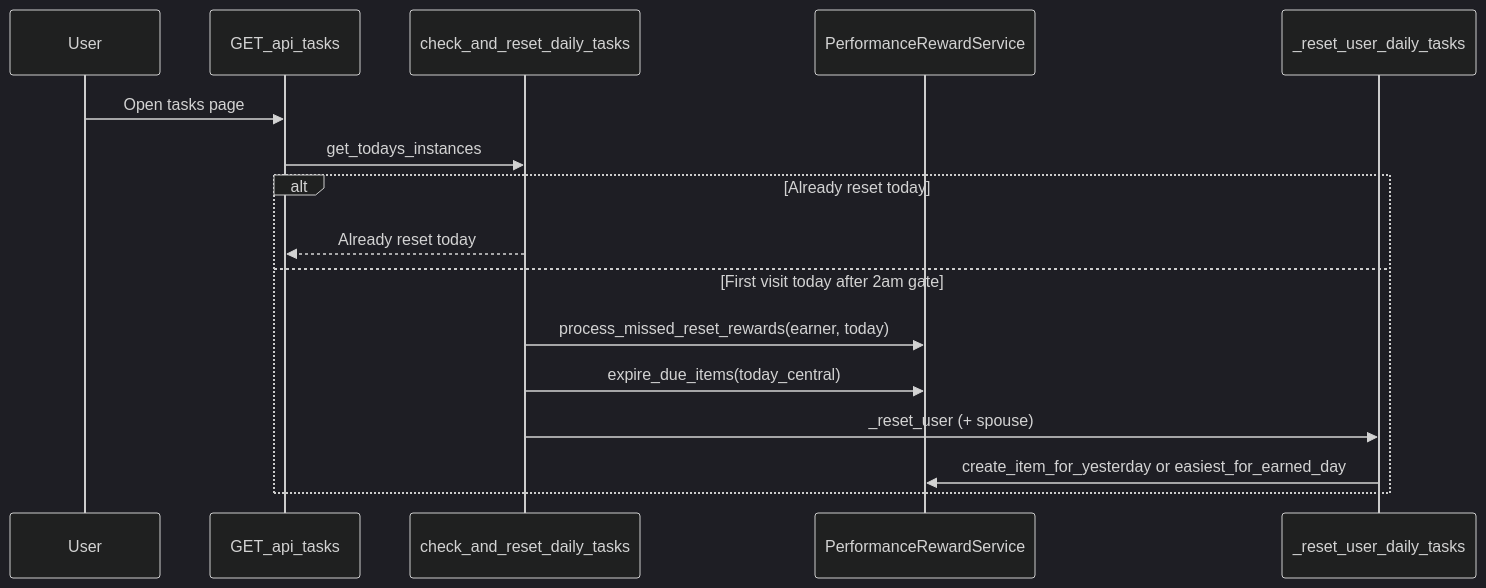
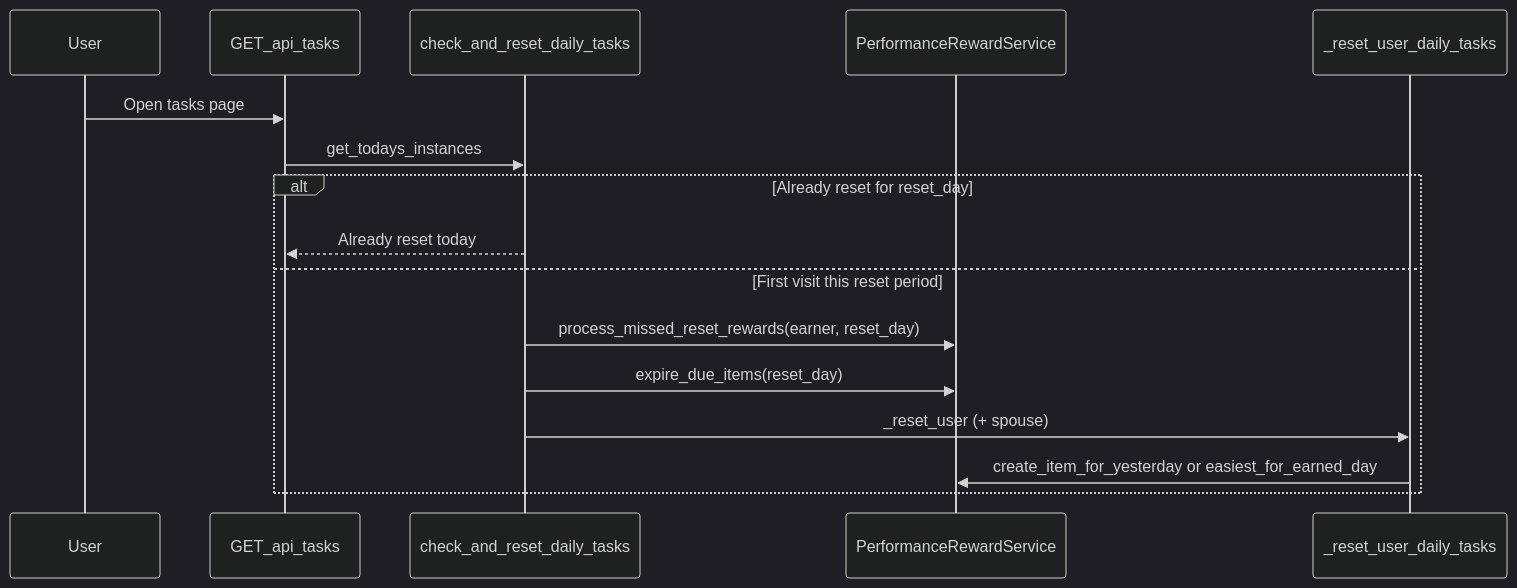
The diagram in docs/DAILY_RESET_BEHAVIOR.md (toscino/CloudTasks), drawn with Mermaid (dark theme) before and after one commit. The commit also changed other lines of this file and 14 other files, not shown here.

First line of the commit message:
Update daily reset logic to align with new reset period and enhance API documentation

````diff
--- a/docs/DAILY_RESET_BEHAVIOR.md
+++ b/docs/DAILY_RESET_BEHAVIOR.md
@@ -7,19 +16,19 @@
 ```mermaid
 sequenceDiagram
     participant User
     participant API as GET_api_tasks
     participant Reset as check_and_reset_daily_tasks
     participant Perf as PerformanceRewardService
     participant Daily as _reset_user_daily_tasks
 
     User->>API: Open tasks page
     API->>Reset: get_todays_instances
-    alt Already reset today
+    alt Already reset for reset_day
         Reset-->>API: Already reset today
-    else First visit today after 2am gate
-        Reset->>Perf: process_missed_reset_rewards(earner, today)
-        Reset->>Perf: expire_due_items(today_central)
+    else First visit this reset period
+        Reset->>Perf: process_missed_reset_rewards(earner, reset_day)
+        Reset->>Perf: expire_due_items(reset_day)
         Reset->>Daily: _reset_user (+ spouse)
         Daily->>Perf: create_item_for_yesterday or easiest_for_earned_day
     end
 ```
````
